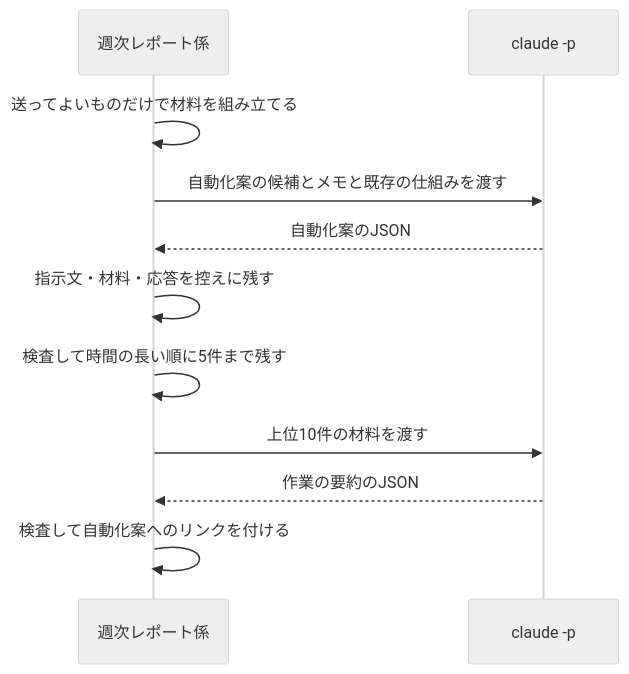
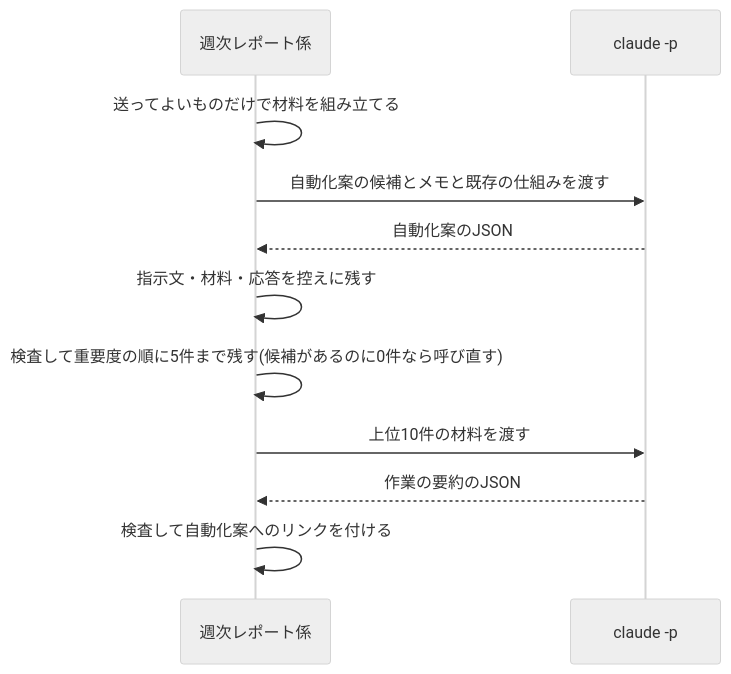
One commit to dnode-ryosuke-yamazaki/study changed the sixth of 12 diagrams in apps/routine-work-finder/specs/weekly-automation-report/design.md. Above: the diagram before and after it, drawn with Mermaid (neutral theme). The commit also changed other lines of this file and 5 other files, not shown here.

````diff
--- a/apps/routine-work-finder/specs/weekly-automation-report/design.md
+++ b/apps/routine-work-finder/specs/weekly-automation-report/design.md
@@ -242,13 +245,13 @@
 ```mermaid
 sequenceDiagram
     participant W as 週次レポート係
     participant C as claude -p
     W->>W: 送ってよいものだけで材料を組み立てる
     W->>C: 自動化案の候補とメモと既存の仕組みを渡す
     C-->>W: 自動化案のJSON
     W->>W: 指示文・材料・応答を控えに残す
-    W->>W: 検査して時間の長い順に5件まで残す
+    W->>W: 検査して重要度の順に5件まで残す(候補があるのに0件なら呼び直す)
     W->>C: 上位10件の材料を渡す
     C-->>W: 作業の要約のJSON
     W->>W: 検査して自動化案へのリンクを付ける
 ```
````
